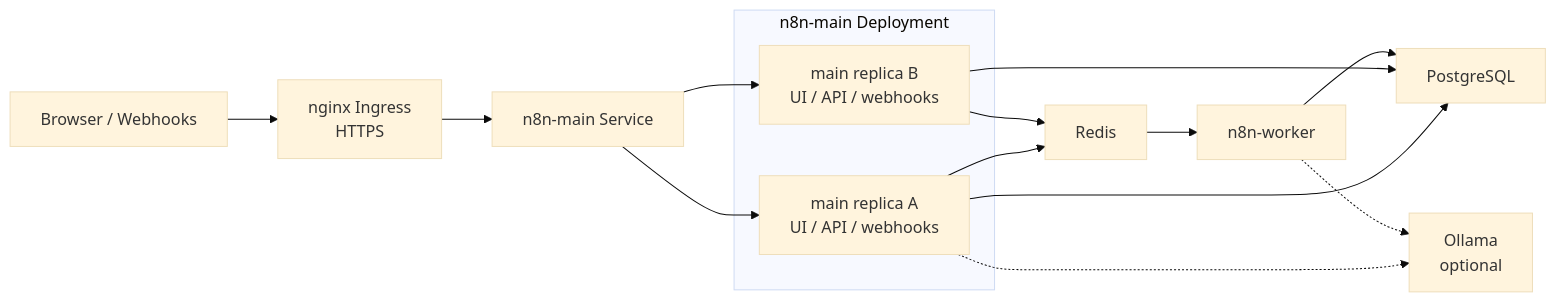
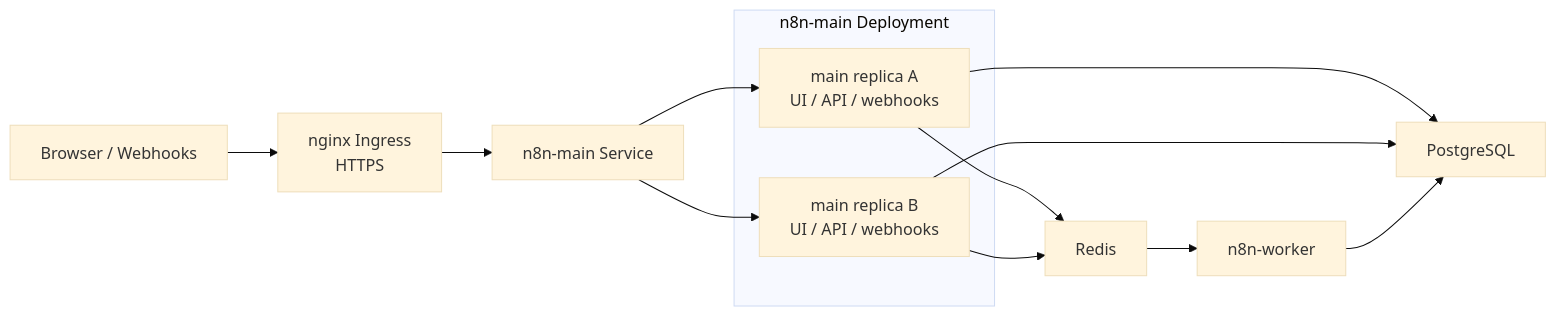
One commit to joelemieux66/n8n-local-k8s changed the first of 2 diagrams in README.md. Above: the diagram before and after it, drawn with Mermaid (base theme). The commit also changed other lines of this file and 7 other files, not shown here.

First line of the commit message:
Remove Ollama from the local n8n chart.

````diff
--- a/README.md
+++ b/README.md
@@ -21,24 +21,21 @@
 ```mermaid
 flowchart LR
   user["Browser / Webhooks"] --> ingress["nginx Ingress\nHTTPS"]
   ingress --> svc["n8n-main Service"]
 
   subgraph mains["n8n-main Deployment"]
     mainA["main replica A\nUI / API / webhooks"]
     mainB["main replica B\nUI / API / webhooks"]
   end
 
   svc --> mainA
   svc --> mainB
 
   mainA --> pg["PostgreSQL"]
   mainB --> pg
   mainA --> redis["Redis"]
   mainB --> redis
 
   redis --> worker["n8n-worker"]
   worker --> pg
-
-  mainA -.-> ollama["Ollama\noptional"]
-  worker -.-> ollama
 ```
````
